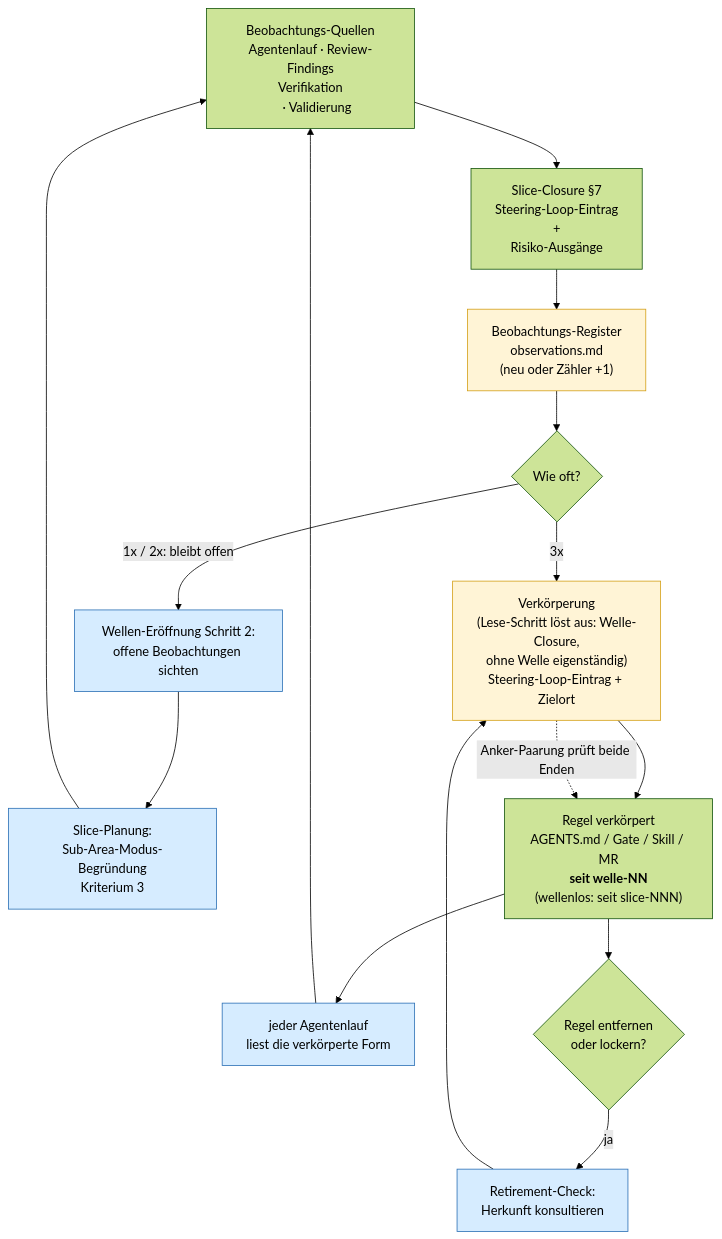
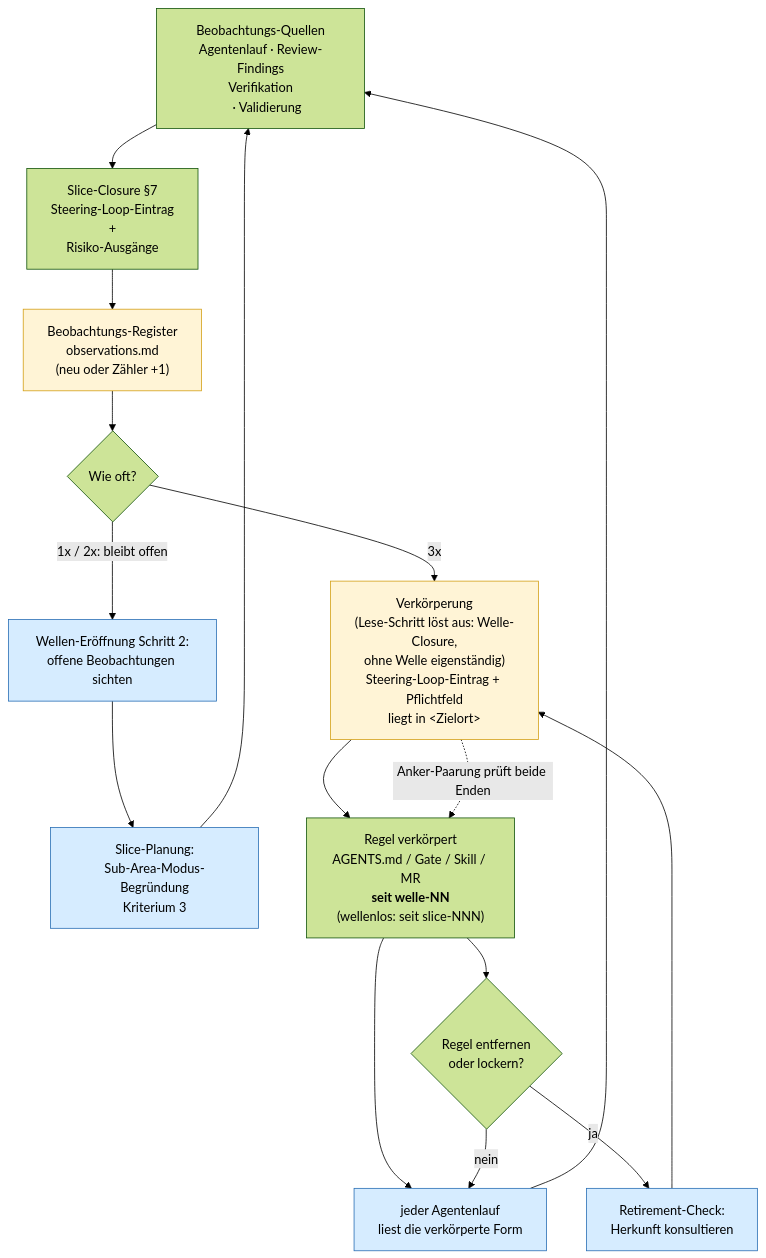
One commit to pt9912/ai-harness-course changed the fourth of 4 diagrams in kurs/de/grundlagen/konventionen.md. Above: the diagram before and after it, drawn with Mermaid (forest theme). The commit also changed other lines of this file and 23 other files, not shown here.

````diff
--- a/kurs/de/grundlagen/konventionen.md
+++ b/kurs/de/grundlagen/konventionen.md
@@ -879,28 +906,29 @@
 ```mermaid
 flowchart TB
     A["Beobachtungs-Quellen<br/>Agentenlauf · Review-Findings<br/>Verifikation
     · Validierung"] --> B["Slice-Closure §7<br/>Steering-Loop-Eintrag<br/>+
     Risiko-Ausgänge"]
     B --> V["Beobachtungs-Register<br/>observations.md<br/>(neu oder Zähler +1)"]
     V --> C{"Wie oft?"}
-    C -- "3x" --> E["Verkörperung<br/>(Lese-Schritt löst aus: Welle-Closure,<br/>ohne Welle eigenständig)<br/>Steering-Loop-Eintrag + Zielort"]
+    C -- "3x" --> E["Verkörperung<br/>(Lese-Schritt löst aus: Welle-Closure,<br/>ohne Welle eigenständig)<br/>Steering-Loop-Eintrag + Pflichtfeld<br/>liegt in &lt;Zielort&gt;"]
 
     C -- "1x / 2x: bleibt offen" --> F["Wellen-Eröffnung Schritt 2:<br/>offene Beobachtungen sichten"]
     F --> G["Slice-Planung:<br/>Sub-Area-Modus-Begründung<br/>Kriterium 3"]
     G --> A
 
     E --> H["Regel verkörpert<br/>AGENTS.md / Gate / Skill / MR<br/><b>seit welle-NN</b><br/>(wellenlos: seit slice-NNN)"]
     H --> I["jeder Agentenlauf<br/>liest die verkörperte Form"]
     I --> A
     E -. "Anker-Paarung prüft beide Enden" .-> H
     H --> J{"Regel entfernen<br/>oder lockern?"}
     J -- "ja" --> K["Retirement-Check:<br/>Herkunft konsultieren"]
+    J -- "nein" --> I
     K --> E
 
     style V fill:#fff4d6,stroke:#d4a017
     style E fill:#fff4d6,stroke:#d4a017
     style F fill:#d6ecff,stroke:#2a6fb5
     style G fill:#d6ecff,stroke:#2a6fb5
     style I fill:#d6ecff,stroke:#2a6fb5
     style K fill:#d6ecff,stroke:#2a6fb5
 ```
````
